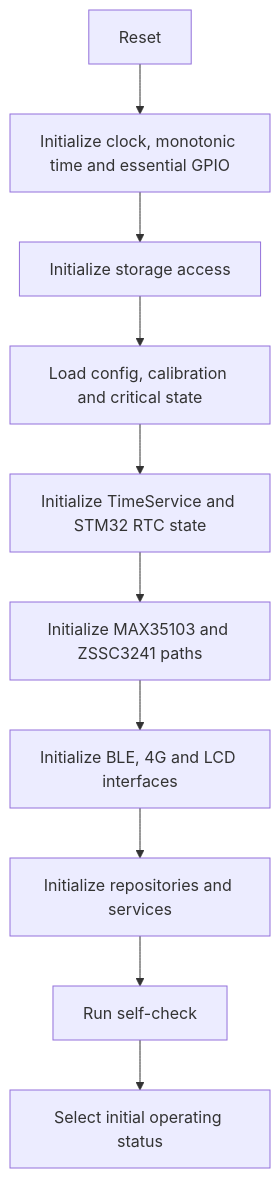
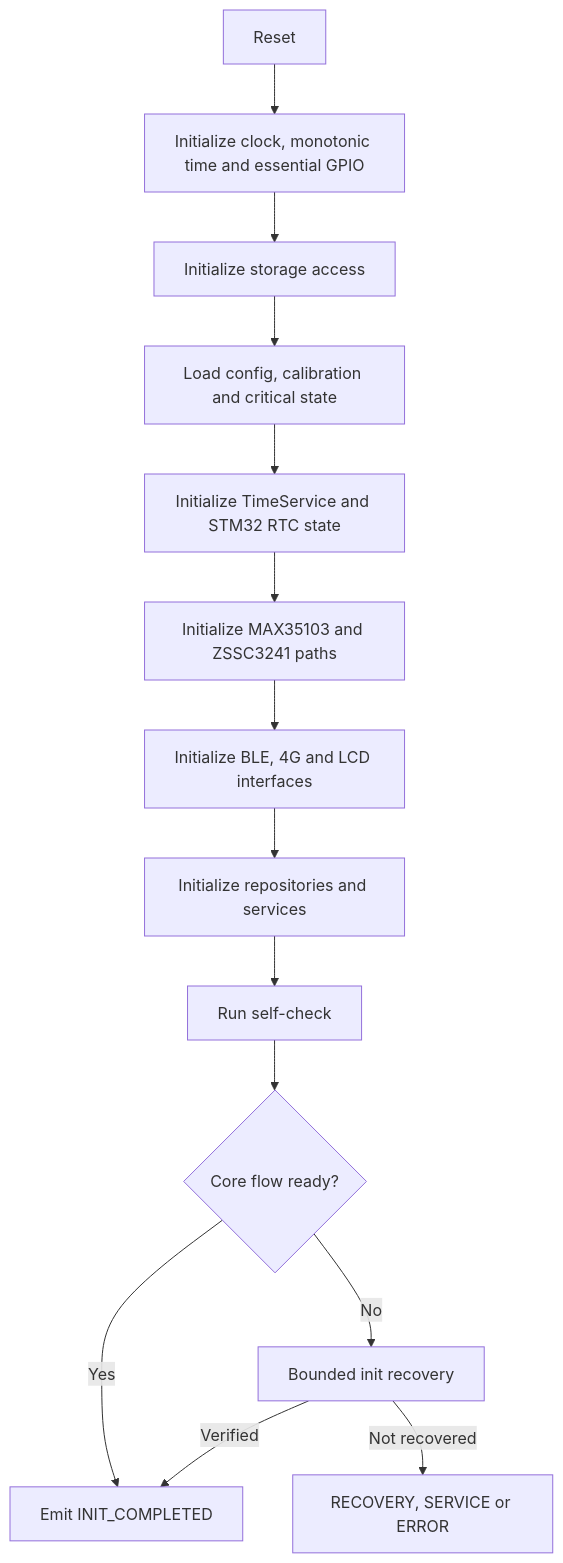
Before and after one commit to whoisLePhuc/smart-water-flow-pressure-monitor: the second of 23 diagrams in 1.docs/00_overview/04_main_operation_flow.md, drawn with Mermaid. The commit also changed other lines of this file and 8 other files, not shown here.

````diff
--- a/1.docs/00_overview/04_main_operation_flow.md
+++ b/1.docs/00_overview/04_main_operation_flow.md
@@ -227,12 +228,16 @@
 ```mermaid
 flowchart TD
     RESET["Reset"] --> PLATFORM["Initialize clock, monotonic time and essential GPIO"]
     PLATFORM --> STORAGE["Initialize storage access"]
     STORAGE --> LOAD["Load config, calibration and critical state"]
     LOAD --> TIME["Initialize TimeService and STM32 RTC state"]
     TIME --> SENSOR["Initialize MAX35103 and ZSSC3241 paths"]
     SENSOR --> IO["Initialize BLE, 4G and LCD interfaces"]
     IO --> SERVICES["Initialize repositories and services"]
     SERVICES --> SELF["Run self-check"]
-    SELF --> READY["Select initial operating status"]
+    SELF --> FLOWREADY{"Core flow ready?"}
+    FLOWREADY -->|"Yes"| READY["Emit INIT_COMPLETED"]
+    FLOWREADY -->|"No"| RECOVER["Bounded init recovery"]
+    RECOVER -->|"Verified"| READY
+    RECOVER -->|"Not recovered"| ESCALATE["RECOVERY, SERVICE or ERROR"]
 ```
````
